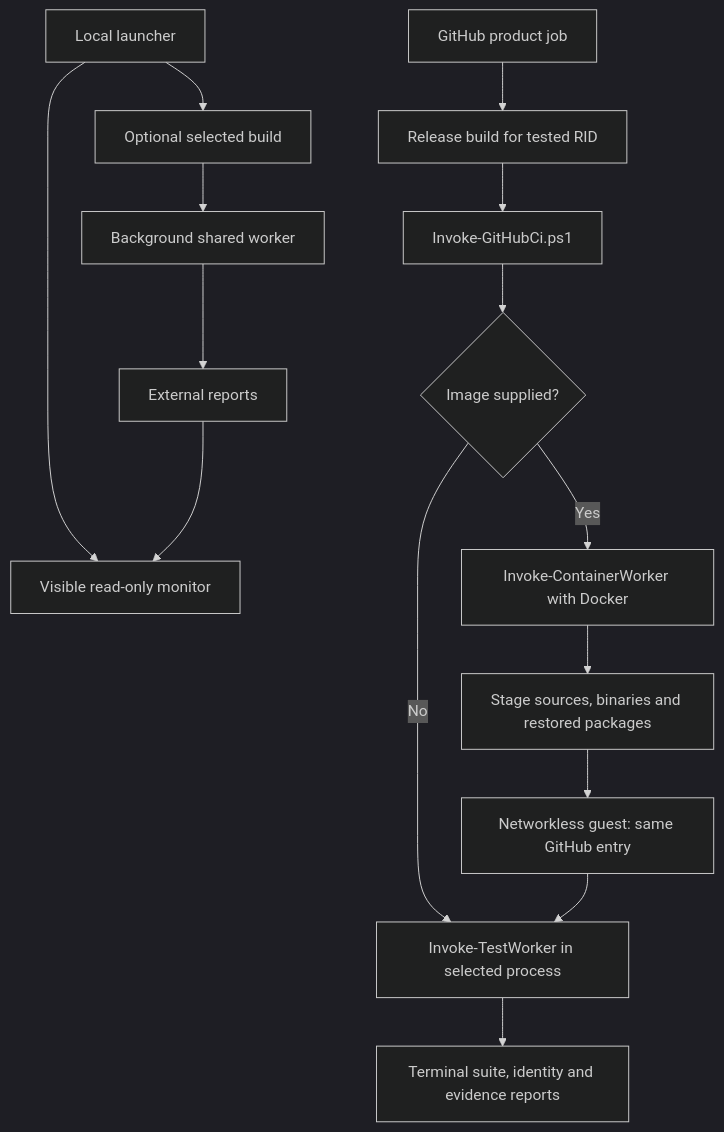
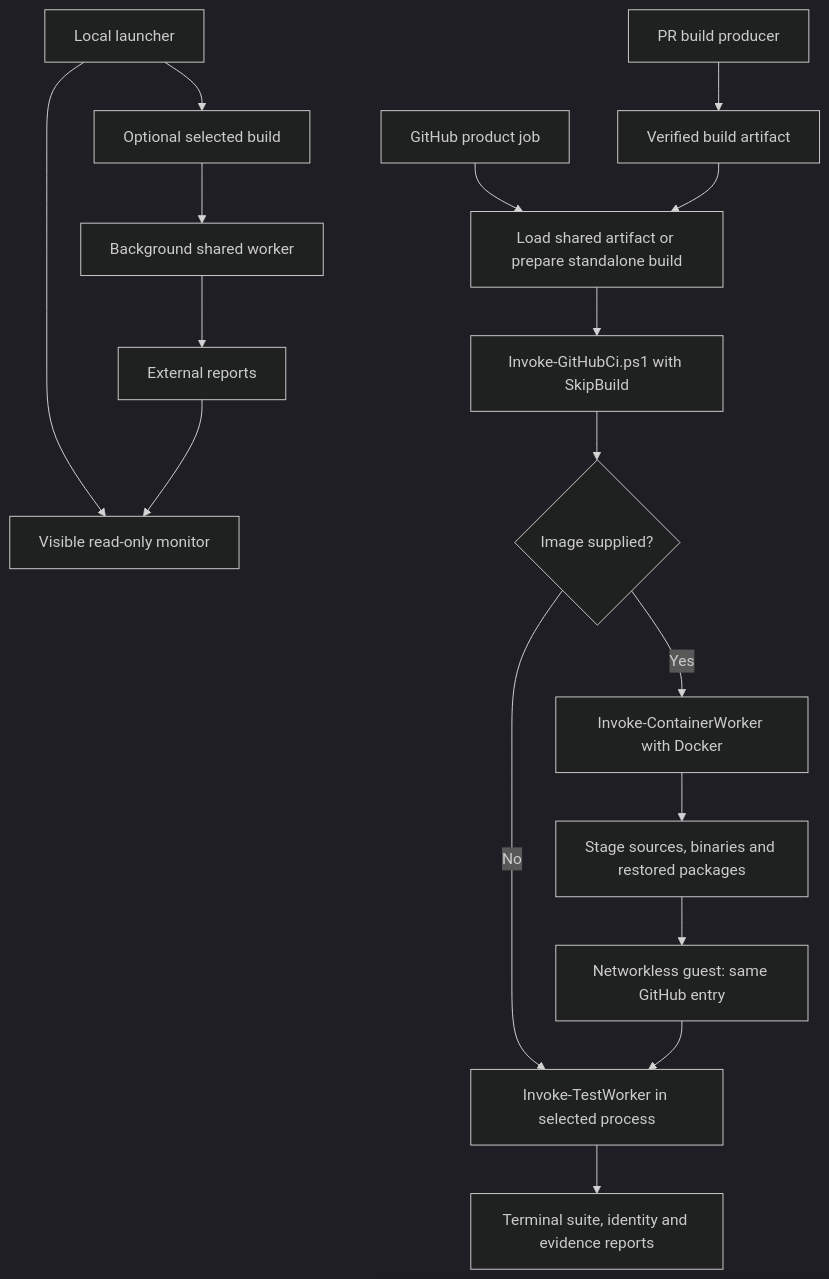
One commit to FrenchExDev2/QuietCli.PoSh changed the first of 4 diagrams in docs/ci/execution-model.md. Above: the diagram before and after it, drawn with Mermaid (dark theme). The commit also changed other lines of this file and 31 other files, not shown here.

Commit message:
Share verified .NET build artifacts across pull request jobs

````diff
--- a/docs/ci/execution-model.md
+++ b/docs/ci/execution-model.md
@@ -11,17 +13,19 @@
 ```mermaid
 flowchart TD
     LOCAL[Local launcher] --> BUILD[Optional selected build]
     BUILD --> LW[Background shared worker]
     LW --> REPORT[External reports]
     LOCAL --> MON[Visible read-only monitor]
     REPORT --> MON
-    GH[GitHub product job] --> GB[Release build for tested RID]
-    GB --> ENTRY[Invoke-GitHubCi.ps1]
+    PR[PR build producer] --> PA[Verified build artifact]
+    GH[GitHub product job] --> GB[Load shared artifact or prepare standalone build]
+    PA --> GB
+    GB --> ENTRY[Invoke-GitHubCi.ps1 with SkipBuild]
     ENTRY --> MODE{Image supplied?}
     MODE -- No --> WORK[Invoke-TestWorker in selected process]
     MODE -- Yes --> TRANS[Invoke-ContainerWorker with Docker]
     TRANS --> OFF[Stage sources, binaries and restored packages]
     OFF --> GUEST[Networkless guest: same GitHub entry]
     GUEST --> WORK
     WORK --> RESULT[Terminal suite, identity and evidence reports]
 ```
````
